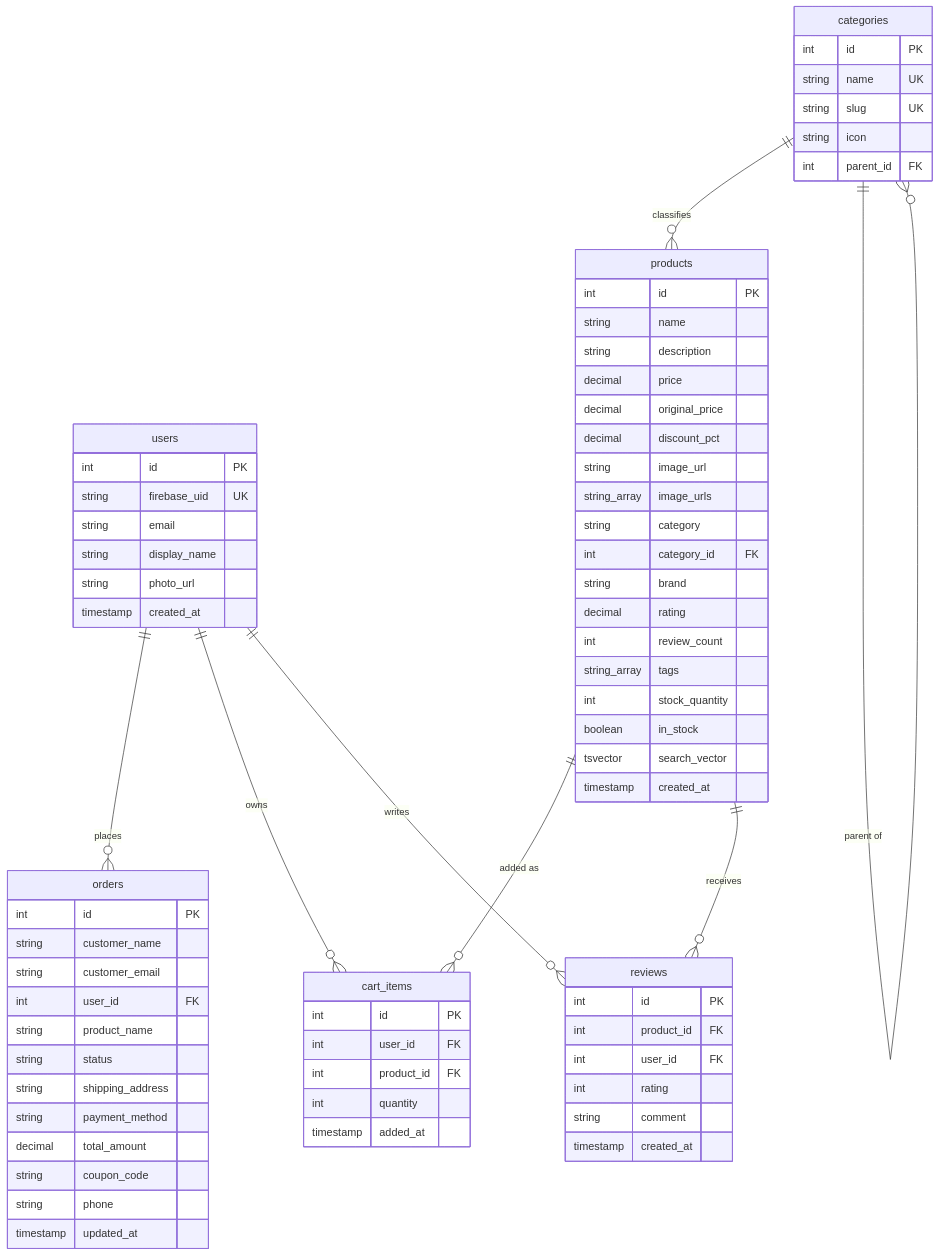
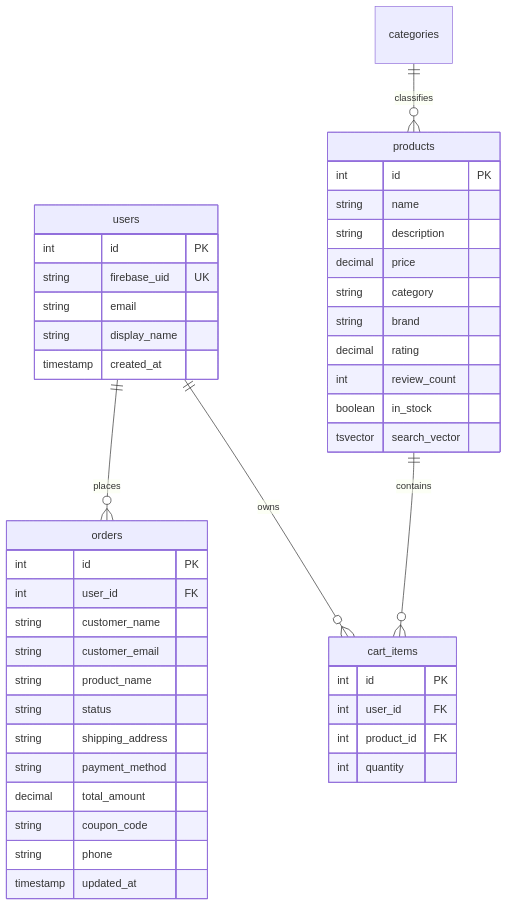
The third of 3 diagrams in README.md (Yashraaj1205/Skibidi-Shop), drawn with Mermaid before and after one commit. The commit also changed other lines of this file, not shown here.

Commit message:
docs: streamline README with clean architecture and setup guide

````diff
--- a/README.md
+++ b/README.md
@@ -216,80 +122,50 @@
 ```mermaid
 erDiagram
     users ||--o{ orders : places
     users ||--o{ cart_items : owns
-    users ||--o{ reviews : writes
     categories ||--o{ products : classifies
-    categories ||--o{ categories : "parent of"
-    products ||--o{ cart_items : "added as"
-    products ||--o{ reviews : receives
+    products ||--o{ cart_items : "contains"
 
     users {
         int id PK
         string firebase_uid UK
         string email
         string display_name
-        string photo_url
         timestamp created_at
-    }
-
-    categories {
-        int id PK
-        string name UK
-        string slug UK
-        string icon
-        int parent_id FK
     }
 
     products {
         int id PK
         string name
         string description
         decimal price
-        decimal original_price
-        decimal discount_pct
-        string image_url
-        string_array image_urls
         string category
-        int category_id FK
         string brand
         decimal rating
         int review_count
-        string_array tags
-        int stock_quantity
         boolean in_stock
         tsvector search_vector
-        timestamp created_at
     }
 
     cart_items {
         int id PK
         int user_id FK
         int product_id FK
         int quantity
-        timestamp added_at
-    }
-
-    reviews {
-        int id PK
-        int product_id FK
-        int user_id FK
-        int rating
-        string comment
-        timestamp created_at
     }
 
     orders {
         int id PK
+        int user_id FK
         string customer_name
         string customer_email
-        int user_id FK
         string product_name
         string status
         string shipping_address
         string payment_method
         decimal total_amount
         string coupon_code
         string phone
         timestamp updated_at
     }
 ```
````
